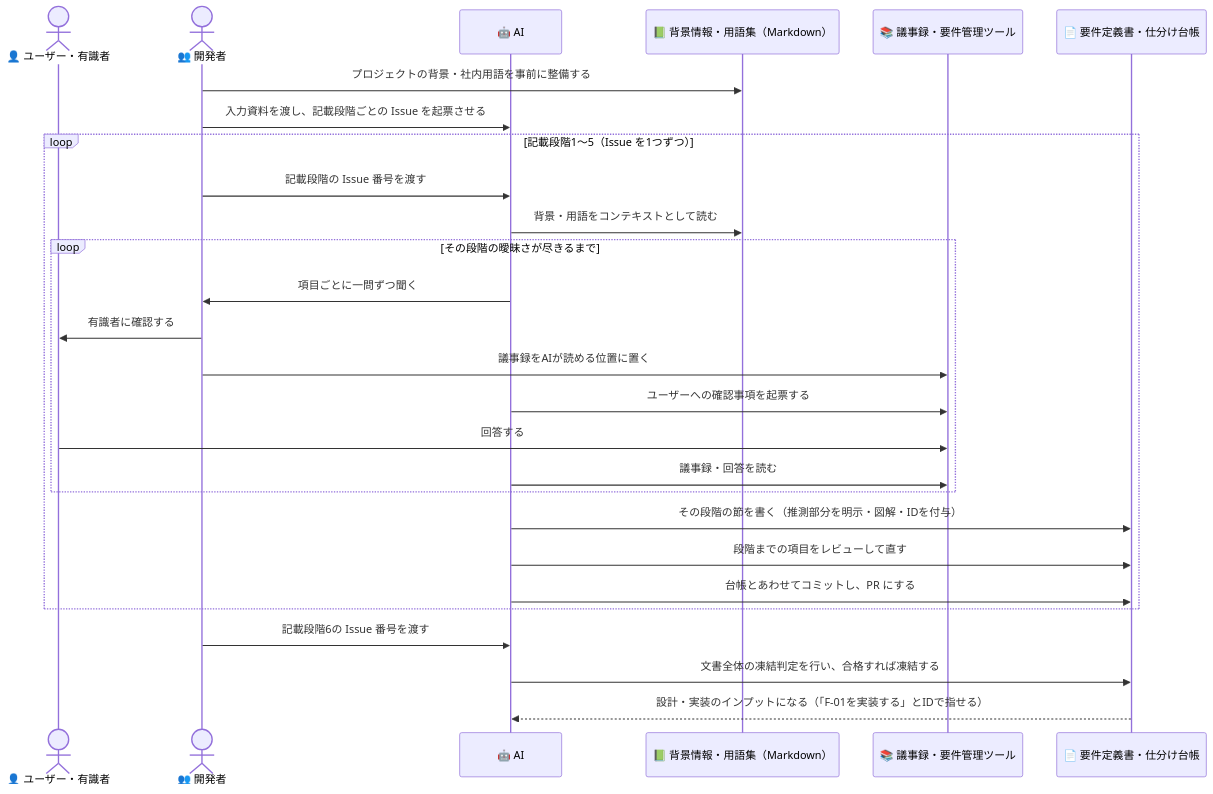
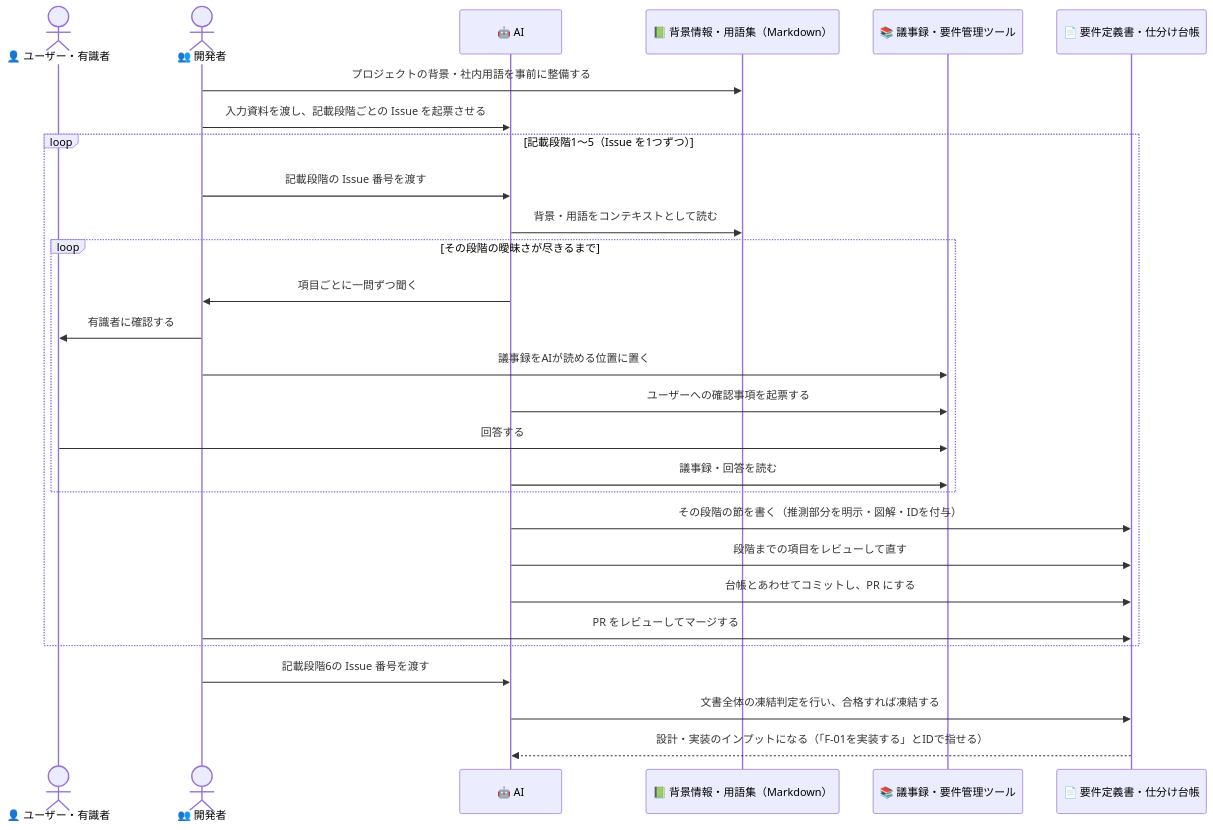
The third of 3 diagrams in docs/guide/ai-requirement-guide.md (kasiopeiya/claude-dev-template), drawn with Mermaid before and after one commit. The commit also changed 2 other files, not shown here.

Commit message:
docs: docs/requirements.md を変える PR を承認後マージにする (#1509)
理由列は Issue の案を、表の既存の列幅に収まる長さに縮めた。列が広がると prettier が表の全行を整形し直し、差分が表全体に広がるため。

````diff
--- a/docs/guide/ai-requirement-guide.md
+++ b/docs/guide/ai-requirement-guide.md
@@ -142,32 +142,33 @@
 ```mermaid
 sequenceDiagram
     actor U as 👤 ユーザー・有識者
     actor D as 👥 開発者
     participant AI as 🤖 AI
     participant B as 📗 背景情報・用語集（Markdown）
     participant K as 📚 議事録・要件管理ツール
     participant R as 📄 要件定義書・仕分け台帳
 
     D->>B: プロジェクトの背景・社内用語を事前に整備する
     D->>AI: 入力資料を渡し、記載段階ごとの Issue を起票させる
 
     loop 記載段階1〜5（Issue を1つずつ）
         D->>AI: 記載段階の Issue 番号を渡す
         AI->>B: 背景・用語をコンテキストとして読む
         loop その段階の曖昧さが尽きるまで
             AI->>D: 項目ごとに一問ずつ聞く
             D->>U: 有識者に確認する
             D->>K: 議事録をAIが読める位置に置く
             AI->>K: ユーザーへの確認事項を起票する
             U->>K: 回答する
             AI->>K: 議事録・回答を読む
         end
         AI->>R: その段階の節を書く（推測部分を明示・図解・IDを付与）
         AI->>R: 段階までの項目をレビューして直す
         AI->>R: 台帳とあわせてコミットし、PR にする
+        D->>R: PR をレビューしてマージする
     end
 
     D->>AI: 記載段階6の Issue 番号を渡す
     AI->>R: 文書全体の凍結判定を行い、合格すれば凍結する
     R-->>AI: 設計・実装のインプットになる（「F-01を実装する」とIDで指せる）
 ```
````
